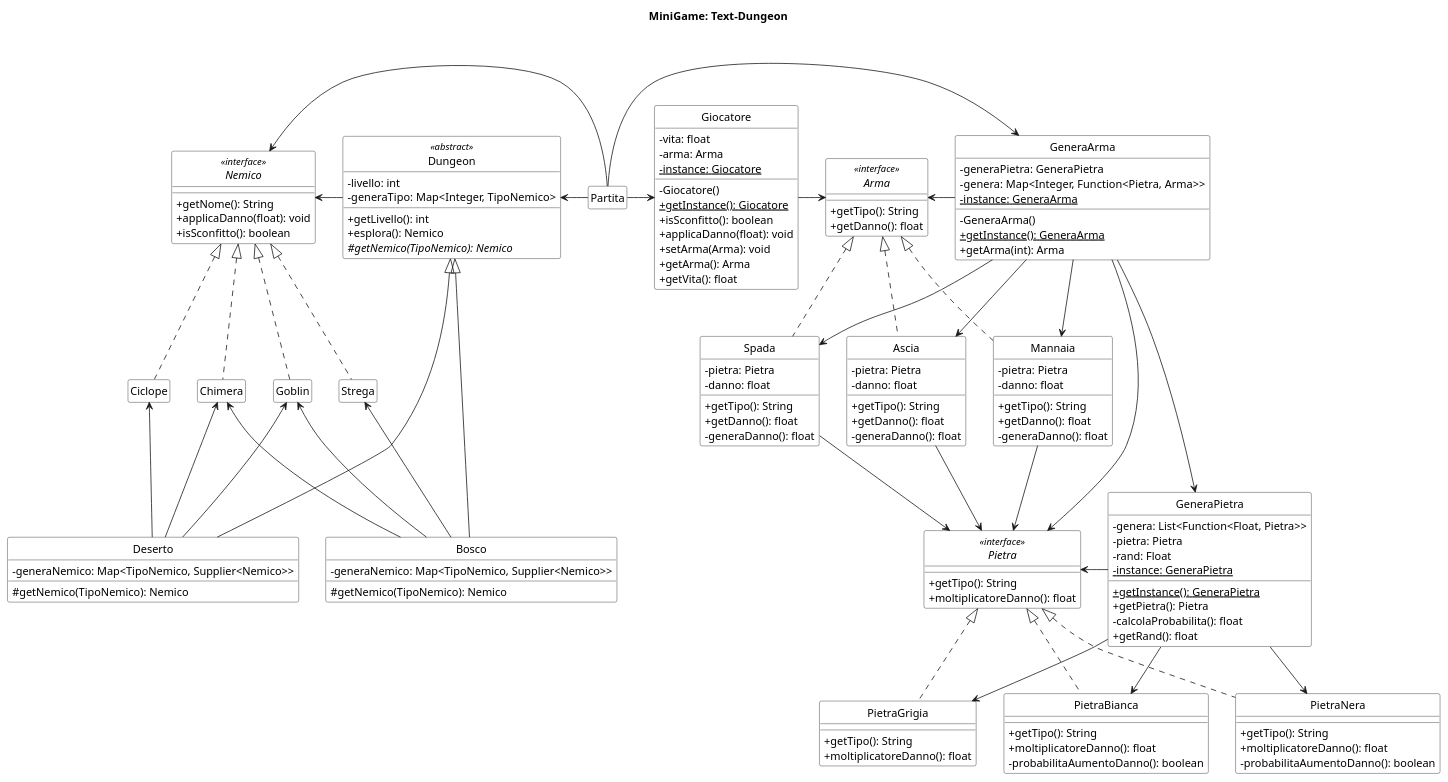
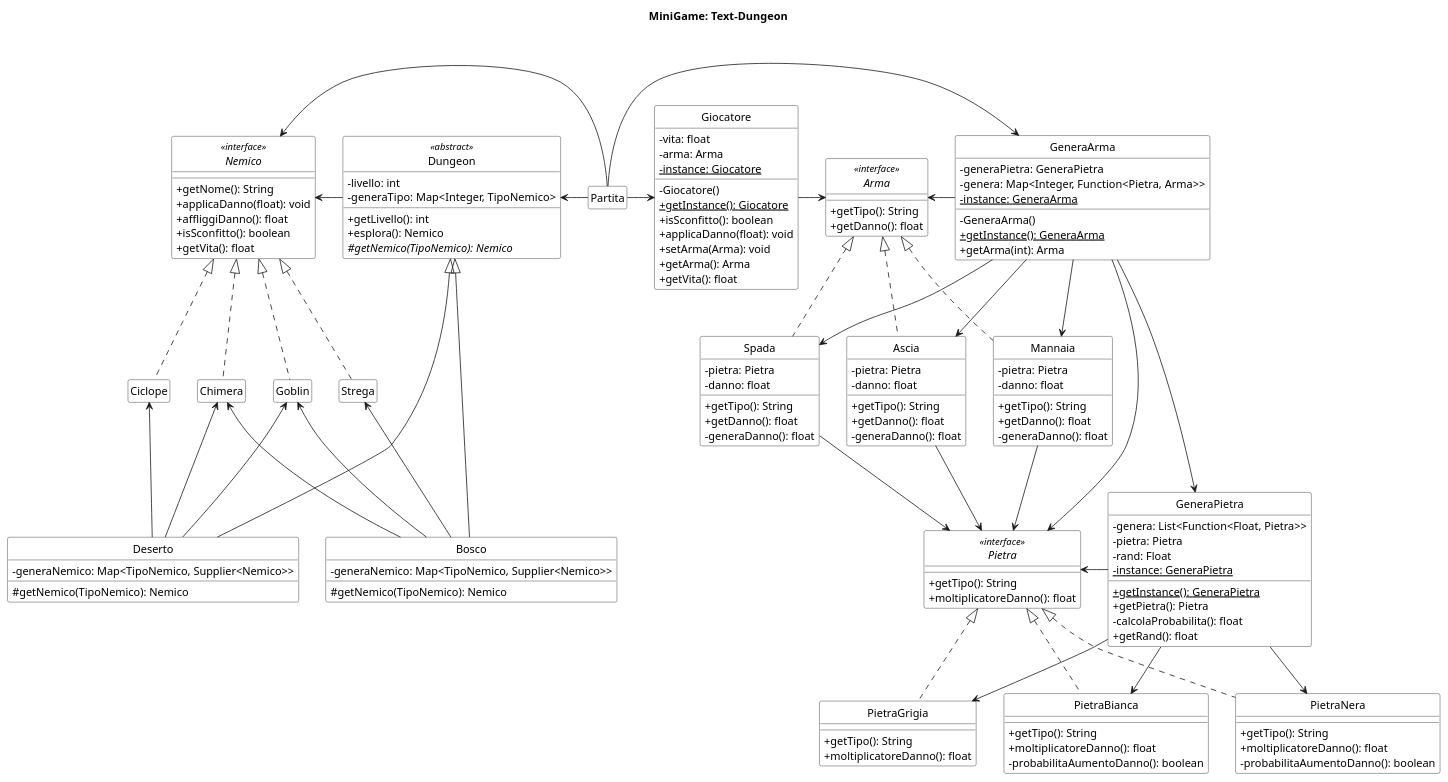
One commit to Gigi-G/text-dungeon changed the diagram in uml/class_diagram.puml. Above: the diagram before and after it, drawn with PlantUML. The commit also changed 201 other files, not shown here.

```diff
--- a/uml/class_diagram.puml
+++ b/uml/class_diagram.puml
@@ -3,196 +3,198 @@
 @startuml
 ' START STYLE
 skinparam {
     monochrome true
     classBackgroundColor white
     noteBackgroundColor white
     classAttributeIconSize 0
 }
 hide circle
 ' END STYLE
 
 title MiniGame: Text-Dungeon\n
 
 hide members
 
 class GeneraPietra {
     - genera: List<Function<Float, Pietra>>
     - pietra: Pietra
     - rand: Float
     - instance{static}: GeneraPietra
     + getInstance(){static}: GeneraPietra
     + getPietra(): Pietra
     - calcolaProbabilita(): float
     + getRand(): float
 }
 show GeneraPietra members
 
 class Partita
 
 interface Pietra <<interface>> {
     + getTipo(): String
     + moltiplicatoreDanno(): float
 }
 show Pietra members
 
 class PietraGrigia implements Pietra {
     + getTipo(): String
     + moltiplicatoreDanno(): float
 }
 show PietraGrigia members
 
 class PietraBianca implements Pietra {
     + getTipo(): String
     + moltiplicatoreDanno(): float
     - probabilitaAumentoDanno(): boolean
 }
 show PietraBianca members
 
 class PietraNera implements Pietra {
     + getTipo(): String
     + moltiplicatoreDanno(): float
     - probabilitaAumentoDanno(): boolean
 }
 show PietraNera members
 
 interface Arma <<interface>> {
     + getTipo(): String
     + getDanno(): float
 }
 show Arma members
 
 class GeneraArma {
     - generaPietra: GeneraPietra
     - genera: Map<Integer, Function<Pietra, Arma>>
     - instance{static}: GeneraArma
     - GeneraArma()
     + getInstance(){static}: GeneraArma
     + getArma(int): Arma
 }
 show GeneraArma members
 
 class Ascia implements Arma {
     - pietra: Pietra
     - danno: float
     + getTipo(): String
     + getDanno(): float
     - generaDanno(): float
 }
 show Ascia members
 
 class Mannaia implements Arma {
     - pietra: Pietra
     - danno: float
     + getTipo(): String
     + getDanno(): float
     - generaDanno(): float
 }
 show Mannaia members
 
 
 class Spada implements Arma {
     - pietra: Pietra
     - danno: float
     + getTipo(): String
     + getDanno(): float
     - generaDanno(): float
 }
 show Spada members
 
 class Giocatore {
     - vita: float
     - arma: Arma
     - instance{static}: Giocatore 
     - Giocatore()
     + getInstance(){static}: Giocatore
     + isSconfitto(): boolean
     + applicaDanno(float): void
     + setArma(Arma): void
     + getArma(): Arma
     + getVita(): float
 }
 show Giocatore members
 
 interface Nemico<<interface>> {
     + getNome(): String
     + applicaDanno(float): void
+    + affliggiDanno(): float
     + isSconfitto(): boolean
+    + getVita(): float
 }
 show Nemico members
 
 class Dungeon<<abstract>> {
     - livello: int
     - generaTipo: Map<Integer, TipoNemico>
     + getLivello(): int
     + esplora(): Nemico
     # getNemico(TipoNemico){abstract}: Nemico
 }
 show Dungeon members
 
 class Bosco extends Dungeon {
     - generaNemico: Map<TipoNemico, Supplier<Nemico>>
     # getNemico(TipoNemico): Nemico
 }
 show Bosco members
 
 class Deserto extends Dungeon {
     - generaNemico: Map<TipoNemico, Supplier<Nemico>>
     # getNemico(TipoNemico): Nemico
 }
 show Deserto members
 
 class Strega implements Nemico
 class Ciclope implements Nemico
 class Chimera implements Nemico
 class Goblin implements Nemico
 
 'interface StatoPersonaggio<<interface>> {
  '   + mostra(): String
 '}
 'show StatoPersonaggio members
 
 'class Attacco implements StatoPersonaggio
 'class Difesa implements StatoPersonaggio
 'class Assalto implements StatoPersonaggio
 
 'interface StatoBattaglia<<interface>> {
 '    + Lotta(Battaglia): StatoBattaglia 
 '}
 
 'class InizioBattaglia implements StatoBattaglia
 'class Sfida implements StatoBattaglia
 'class Vittoria implements StatoBattaglia
 'class Sconfitta implements StatoBattaglia
 
 GeneraPietra -l-> Pietra
 GeneraPietra -d-> PietraGrigia
 GeneraPietra -d-> PietraBianca
 GeneraPietra -d-> PietraNera
 GeneraArma -l-> Arma
 GeneraArma -d-> Ascia
 GeneraArma -d-> Mannaia
 GeneraArma -d-> Spada
 GeneraArma -d-> GeneraPietra
 GeneraArma -d-> Pietra
 
 Ascia -d-> Pietra
 Mannaia -d-> Pietra
 Spada -d-> Pietra
 
 Giocatore -r-> Arma
 Partita -r-> Giocatore
 
 Partita -r-> GeneraArma
 
 Bosco -u-> Chimera
 Bosco -u-> Goblin
 Bosco -u-> Strega
 Deserto -u-> Chimera
 Deserto -u-> Goblin
 Deserto -u-> Ciclope
 Dungeon -l-> Nemico
 
 Partita -l-> Dungeon
 Partita -l-> Nemico
 
 @enduml
```
